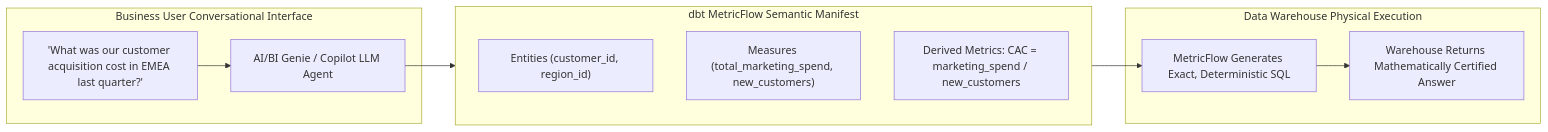
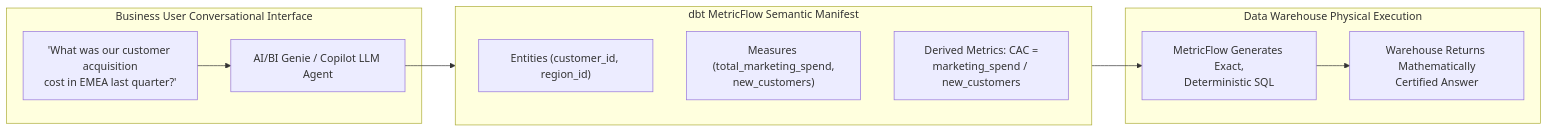
One commit to santoshjammi29/dbt-handbook changed the second of 2 diagrams in architectures/04_semantic_layer_and_metricflow_architecture.md. Above: the diagram before and after it, drawn with Mermaid. The commit also changed other lines of this file and 11 other files, not shown here.

Commit message:
fix(diagrams): word-wrap labels and escape comparison operators across all diagrams

````diff
--- a/architectures/04_semantic_layer_and_metricflow_architecture.md
+++ b/architectures/04_semantic_layer_and_metricflow_architecture.md
@@ -91,20 +91,20 @@
 ```mermaid
 flowchart LR
     subgraph ConversationalClient["Business User Conversational Interface"]
-        User["'What was our customer acquisition cost in EMEA last quarter?'"]
+        User["'What was our customer acquisition<br/>cost in EMEA last quarter?'"]
         Genie["AI/BI Genie / Copilot LLM Agent"]
     end
 
     subgraph SemanticContract["dbt MetricFlow Semantic Manifest"]
         Entity["Entities (customer_id, region_id)"]
-        Measure["Measures (total_marketing_spend, new_customers)"]
-        Metric["Derived Metrics: CAC = marketing_spend / new_customers"]
+        Measure["Measures (total_marketing_spend,<br/>new_customers)"]
+        Metric["Derived Metrics: CAC =<br/>marketing_spend / new_customers"]
     end
 
     subgraph DeterministicExecution["Data Warehouse Physical Execution"]
-        SQLGen["MetricFlow Generates Exact, Deterministic SQL"]
-        Warehouse["Warehouse Returns Mathematically Certified Answer"]
+        SQLGen["MetricFlow Generates Exact,<br/>Deterministic SQL"]
+        Warehouse["Warehouse Returns Mathematically<br/>Certified Answer"]
     end
 
     User --> Genie --> SemanticContract --> SQLGen --> Warehouse
 ```
````
